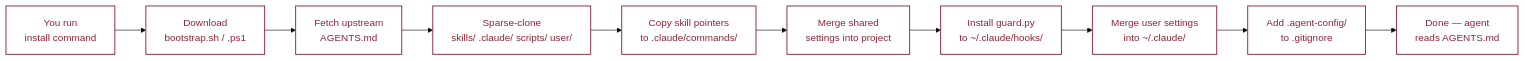
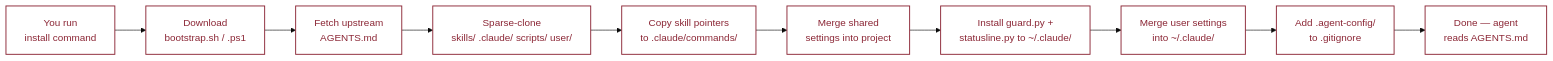
The diagram in docs/install.md (yzhao062/anywhere-agents), drawn with Mermaid (base theme) before and after one commit. The commit also changed other lines of this file and 17 other files, not shown here.

````diff
--- a/docs/install.md
+++ b/docs/install.md
@@ -5,15 +5,15 @@
 ```mermaid
 flowchart LR
     A[You run<br/>install command] --> B[Download<br/>bootstrap.sh / .ps1]
     B --> C[Fetch upstream<br/>AGENTS.md]
     C --> D[Sparse-clone<br/>skills/ .claude/ scripts/ user/]
     D --> E[Copy skill pointers<br/>to .claude/commands/]
     E --> F[Merge shared<br/>settings into project]
-    F --> G[Install guard.py<br/>to ~/.claude/hooks/]
+    F --> G[Install guard.py +<br/>statusline.py to ~/.claude/]
     G --> H[Merge user settings<br/>into ~/.claude/]
     H --> I[Add .agent-config/<br/>to .gitignore]
     I --> J[Done — agent<br/>reads AGENTS.md]
 
     classDef step fill:#fff,stroke:#8b2635,stroke-width:1.5px,color:#8b2635;
     class A,B,C,D,E,F,G,H,I,J step;
 ```
````
